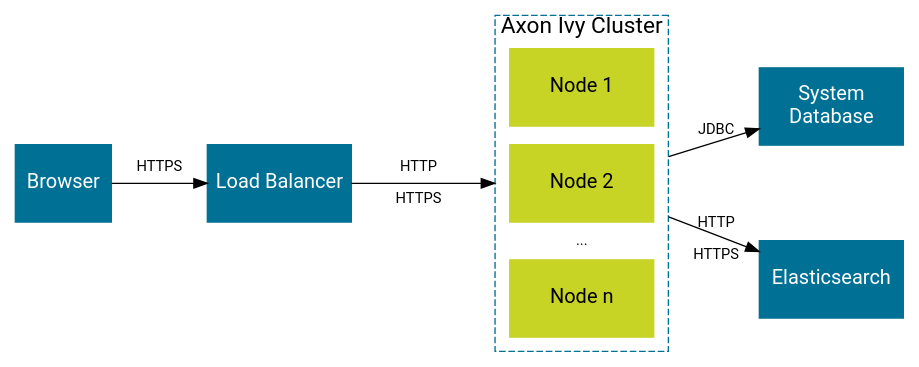
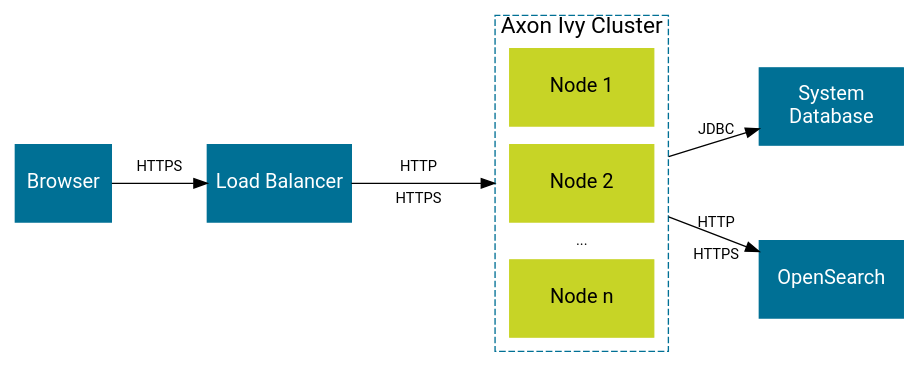
The diagram in source/engine-guide/integration/cluster/overview.dot (bernhardAxonIvy/doc), drawn with Graphviz before and after one commit. The commit also changed 20 other files, not shown here.

```diff
--- a/source/engine-guide/integration/cluster/overview.dot
+++ b/source/engine-guide/integration/cluster/overview.dot
@@ -1,36 +1,36 @@
 
 digraph overview {
   layout=neato;
 
   node [shape=box, height="0.8", width="2", color="#007095", style=filled, fixedsize="true", margin=0, 
         fontname="Roboto,Helvetica Neue,Arial,sans-serif", fontcolor="white", fontsize=15
        ]; 
     
   /* nodes */
   browser [ label="Browser",            pos = "0.00,0!", width="1",height="0.8",fixedsize="true"];
   loadbalancer [ label="Load Balancer", pos = "2.25,0!",width="1.5",height="0.8",fixedsize="true"];
  
     /* this is a kludge, should be a subgraph but won't display as we'd like, so create the "subgraph" ourselves by positioning the elements */
   cluster [ label="Axon Ivy Cluster",   pos="5.4, 0.0!", height="3.5", width="1.8", style="dashed", fontcolor="black", labelloc="t", fontsize=17];
   engine1 [ label="Node 1",             pos="5.4, 1.0!", height="0.8", width="1.5", color="#C7D426", fontcolor="black"];
   engine2 [ label="Node 2",             pos="5.4, 0.0!", height="0.8", width="1.5", color="#C7D426", fontcolor="black"];
   enginespacer [label="...",            pos="5.4,-0.6!", height="0.8", width="1.5", shape=none, fillcolor=none, fontcolor=black, fontsize=11];
   enginen [ label="Node n",             pos="5.4,-1.2!", height="0.8", width="1.5", color="#C7D426", fontcolor="black"];
   
   systemdb [ label="System\nDatabase", pos="8,0.8!", height="0.8", width="1.5"]
-  elasticsearch [ label="Elasticsearch", pos="8,-1.0!", height="0.8", width="1.5"]
+  opensearch [ label="OpenSearch", pos="8,-1.0!", height="0.8", width="1.5"]
 
   /* edges */
   browser -> loadbalancer;
   loadbalancer -> cluster;
   
   cluster -> systemdb;
-  cluster -> elasticsearch;
+  cluster -> opensearch;
 
   /* edge labels */
   browserloadbalancer [ label="HTTPS\n \n ", pos = "1,0!", height="0.8", width="1.5", shape=none, fillcolor=none, fontcolor=black, fontsize=11];
   loadbalancercluster [ label="HTTP\n \nHTTPS", pos = "3.7,0!", height="0.8", width="1.5", shape=none, fillcolor=none, fontcolor=black, fontsize=11];
   
   clustersystemdb [ label="JDBC" pos = "6.8,0.55!", height="0.8", width="1.5", shape=none, fillcolor=none, fontcolor=black, fontsize=11];
-  clusterelasticsearch [ label="HTTP\n \nHTTPS", pos = "6.8,-0.58!", height="0.8", width="1.5", shape=none, fillcolor=none,fontcolor=black, fontsize=11];  
+  clusteropensearch [ label="HTTP\n \nHTTPS", pos = "6.8,-0.58!", height="0.8", width="1.5", shape=none, fillcolor=none,fontcolor=black, fontsize=11];  
 }
```
